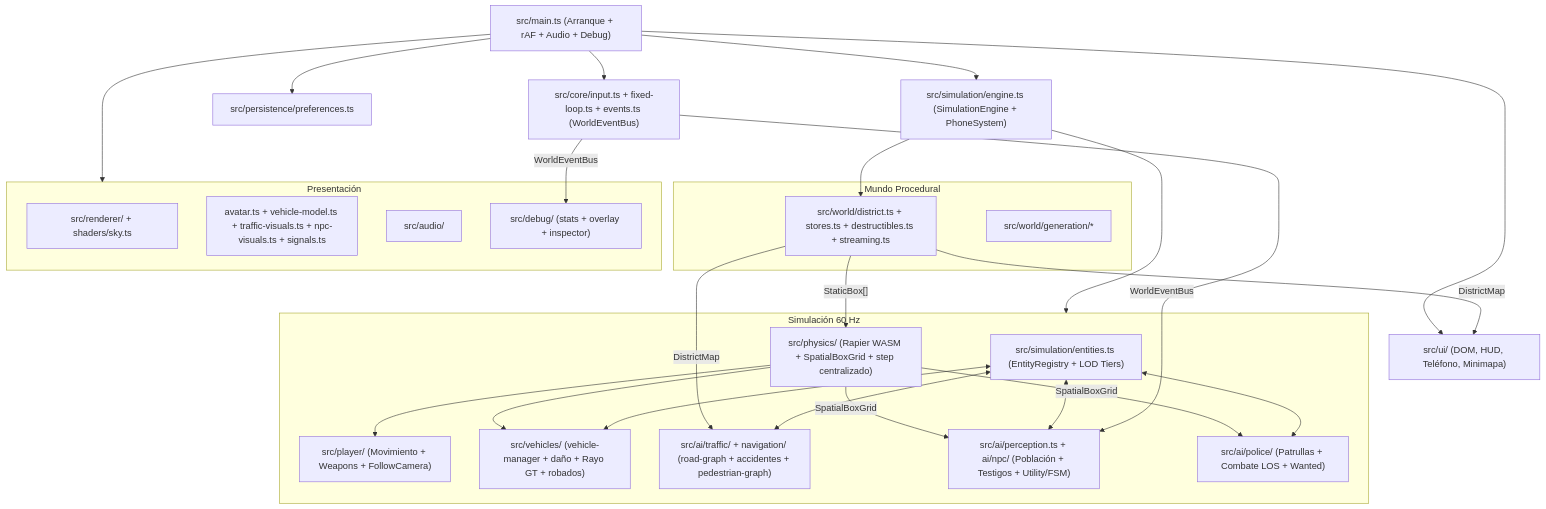
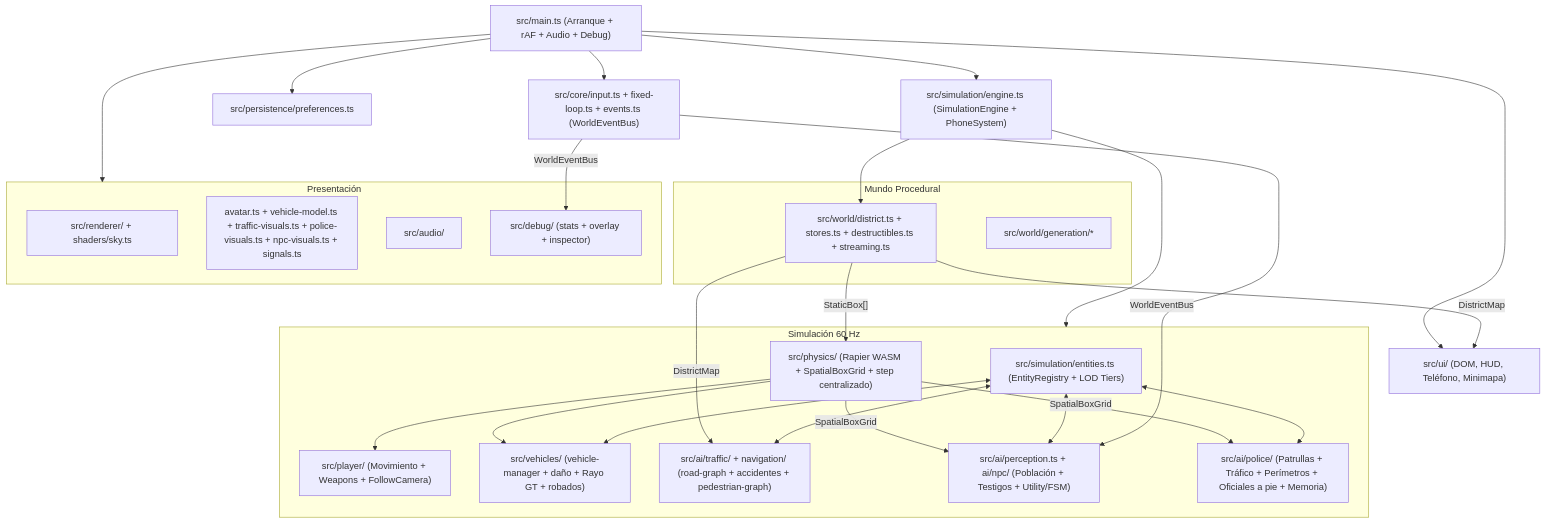
One commit to f6941469-lab/Juego-de-GTA-de-ChatGPT changed the diagram in .ai/architecture/OVERVIEW.md. Above: the diagram before and after it, drawn with Mermaid. The commit also changed other lines of this file and 15 other files, not shown here.

````diff
--- a/.ai/architecture/OVERVIEW.md
+++ b/.ai/architecture/OVERVIEW.md
@@ -14,39 +14,39 @@
 ```mermaid
 flowchart TD
     MAIN["src/main.ts (Arranque + rAF + Audio + Debug)"]
     UI["src/ui/ (DOM, HUD, Teléfono, Minimapa)"]
     IN["src/core/input.ts + fixed-loop.ts + events.ts (WorldEventBus)"]
     PERS["src/persistence/preferences.ts"]
     ENG["src/simulation/engine.ts (SimulationEngine + PhoneSystem)"]
 
     subgraph SIM ["Simulación 60 Hz"]
         ENT["src/simulation/entities.ts (EntityRegistry + LOD Tiers)"]
         PHY["src/physics/ (Rapier WASM + SpatialBoxGrid + step centralizado)"]
         PLR["src/player/ (Movimiento + Weapons + FollowCamera)"]
         VEH["src/vehicles/ (vehicle-manager + daño + Rayo GT + robados)"]
         TRF["src/ai/traffic/ + navigation/ (road-graph + accidentes + pedestrian-graph)"]
         NPC["src/ai/perception.ts + ai/npc/ (Población + Testigos + Utility/FSM)"]
-        POL["src/ai/police/ (Patrullas + Combate LOS + Wanted)"]
+        POL["src/ai/police/ (Patrullas + Tráfico + Perímetros + Oficiales a pie + Memoria)"]
     end
 
     subgraph WORLD ["Mundo Procedural"]
         DIST["src/world/district.ts + stores.ts + destructibles.ts + streaming.ts"]
         GEN["src/world/generation/*"]
     end
 
     subgraph PRES ["Presentación"]
         REN["src/renderer/ + shaders/sky.ts"]
-        MOD["avatar.ts + vehicle-model.ts + traffic-visuals.ts + npc-visuals.ts + signals.ts"]
+        MOD["avatar.ts + vehicle-model.ts + traffic-visuals.ts + police-visuals.ts + npc-visuals.ts + signals.ts"]
         AUD["src/audio/"]
         DBG["src/debug/ (stats + overlay + inspector)"]
     end
 
     MAIN --> IN & UI & PERS & ENG & PRES
     ENG --> SIM & DIST
     DIST -- "StaticBox[]" --> PHY
     PHY -- "SpatialBoxGrid" --> POL & NPC
     DIST -- "DistrictMap" --> TRF & UI
     PHY --> PLR & VEH
     ENT <--> NPC & POL & TRF & VEH
     IN -- "WorldEventBus" --> NPC & DBG
 ```
````
